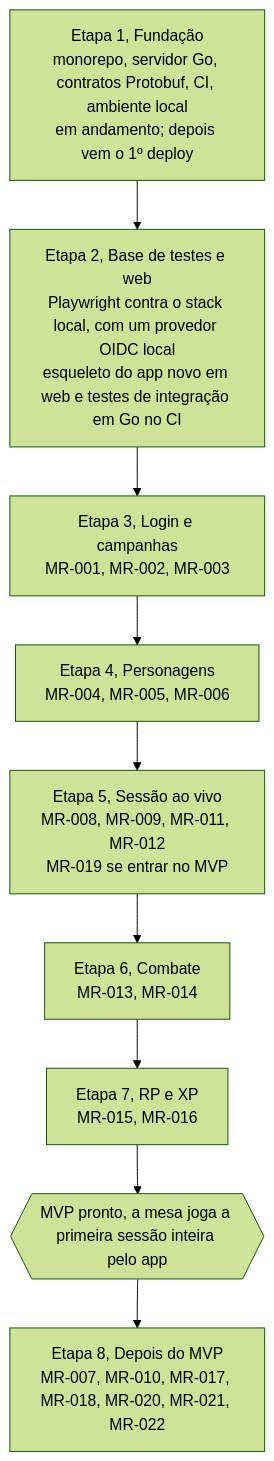
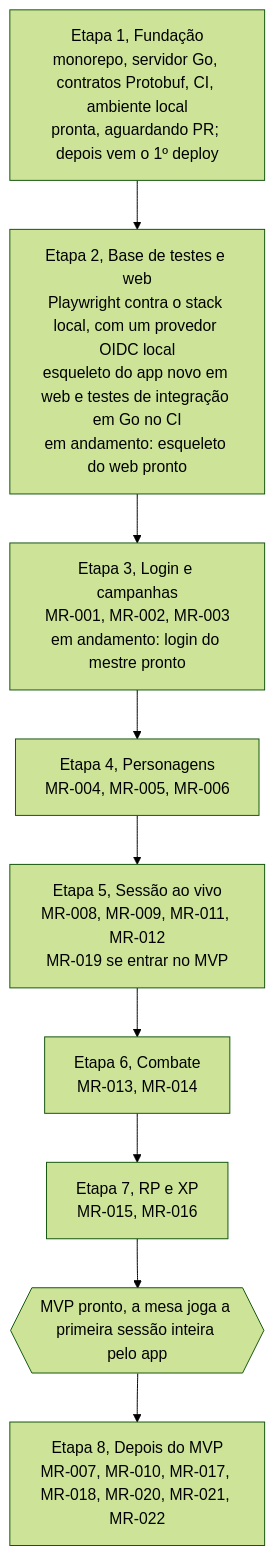
The diagram in docs/roadmap.md (PuraFome/meuRPG), drawn with Mermaid (forest theme) before and after one commit. The commit also changed other lines of this file, not shown here.

Commit message:
docs: update the roadmap status
Etapa 1 is ready for its PR, the web/ skeleton of Etapa 2 is done, and the DM login of Etapa 3 is done.

Claude-Session: https://claude.ai/code/session_01Seit6LBSkxQn8g3dqupMEM

````diff
--- a/docs/roadmap.md
+++ b/docs/roadmap.md
@@ -5,14 +5,14 @@
 ```mermaid
 flowchart TD
-    E1["Etapa 1, Fundação<br/>monorepo, servidor Go, contratos Protobuf, CI, ambiente local<br/>em andamento; depois vem o 1º deploy"]
-    E2["Etapa 2, Base de testes e web<br/>Playwright contra o stack local, com um provedor OIDC local<br/>esqueleto do app novo em web e testes de integração em Go no CI"]
-    E3["Etapa 3, Login e campanhas<br/>MR-001, MR-002, MR-003"]
+    E1["Etapa 1, Fundação<br/>monorepo, servidor Go, contratos Protobuf, CI, ambiente local<br/>pronta, aguardando PR; depois vem o 1º deploy"]
+    E2["Etapa 2, Base de testes e web<br/>Playwright contra o stack local, com um provedor OIDC local<br/>esqueleto do app novo em web e testes de integração em Go no CI<br/>em andamento: esqueleto do web pronto"]
+    E3["Etapa 3, Login e campanhas<br/>MR-001, MR-002, MR-003<br/>em andamento: login do mestre pronto"]
     E4["Etapa 4, Personagens<br/>MR-004, MR-005, MR-006"]
     E5["Etapa 5, Sessão ao vivo<br/>MR-008, MR-009, MR-011, MR-012<br/>MR-019 se entrar no MVP"]
     E6["Etapa 6, Combate<br/>MR-013, MR-014"]
     E7["Etapa 7, RP e XP<br/>MR-015, MR-016"]
     MVP{{"MVP pronto, a mesa joga a primeira sessão inteira pelo app"}}
     E8["Etapa 8, Depois do MVP<br/>MR-007, MR-010, MR-017, MR-018, MR-020, MR-021, MR-022"]
 
     E1 --> E2 --> E3 --> E4 --> E5 --> E6 --> E7 --> MVP --> E8
 ```
````
